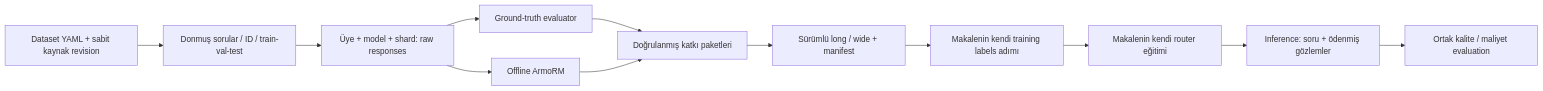
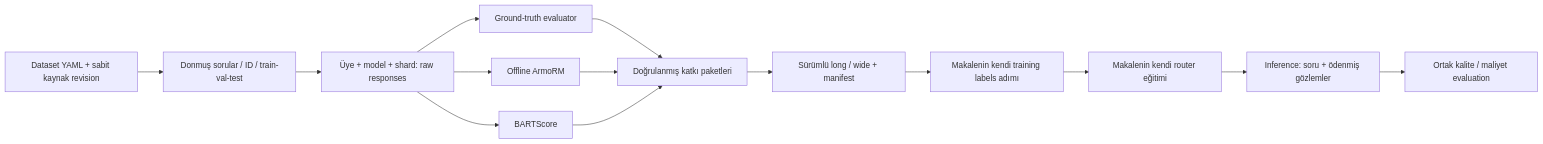
Before and after one commit to damlaakemall/purerepo: the diagram in docs/shared_protocol.md, drawn with Mermaid. The commit also changed other lines of this file and 7 other files, not shown here.

````diff
--- a/docs/shared_protocol.md
+++ b/docs/shared_protocol.md
@@ -10,14 +10,16 @@
 ```mermaid
 flowchart LR
   D[Dataset YAML + sabit kaynak revision] --> Q[Donmuş sorular / ID / train-val-test]
   Q --> R[Üye + model + shard: raw responses]
   R --> G[Ground-truth evaluator]
   R --> A[Offline ArmoRM]
+  R --> S[BARTScore]
   G --> B[Doğrulanmış katkı paketleri]
   A --> B
+  S --> B
   B --> M[Sürümlü long / wide + manifest]
   M --> L[Makalenin kendi training labels adımı]
   L --> T[Makalenin kendi router eğitimi]
   T --> I[Inference: soru + ödenmiş gözlemler]
   I --> E[Ortak kalite / maliyet evaluation]
 ```
````
